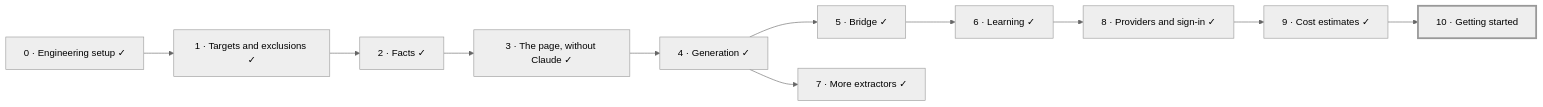
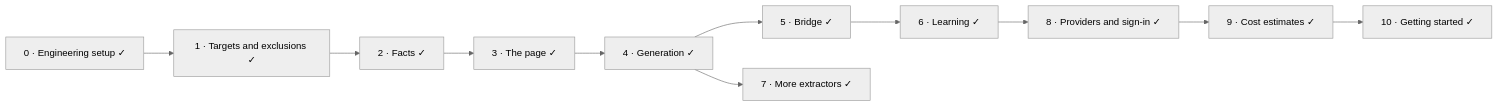
The fifth of 5 diagrams in README.md (mohamed-abdelsattar92/codetrail), drawn with Mermaid (neutral theme) before and after one commit. The commit also changed other lines of this file and 7 other files, not shown here.

First line of the commit message:
docs(docs): add the getting-started guide, and a README with screenshots

````diff
--- a/README.md
+++ b/README.md
@@ -236,14 +224,13 @@
 ```mermaid
 flowchart LR
     P0["0 · Engineering setup ✓"] --> P1["1 · Targets and exclusions ✓"]
     P1 --> P2["2 · Facts ✓"]
-    P2 --> P3["3 · The page, without Claude ✓"]
+    P2 --> P3["3 · The page ✓"]
     P3 --> P4["4 · Generation ✓"]
     P4 --> P5["5 · Bridge ✓"]
     P5 --> P6["6 · Learning ✓"]
     P4 --> P7["7 · More extractors ✓"]
     P6 --> P8["8 · Providers and sign-in ✓"]
     P8 --> P9["9 · Cost estimates ✓"]
-    P9 --> P10["10 · Getting started"]:::next
-    classDef next stroke-width:3px
+    P9 --> P10["10 · Getting started ✓"]
 ```
````
